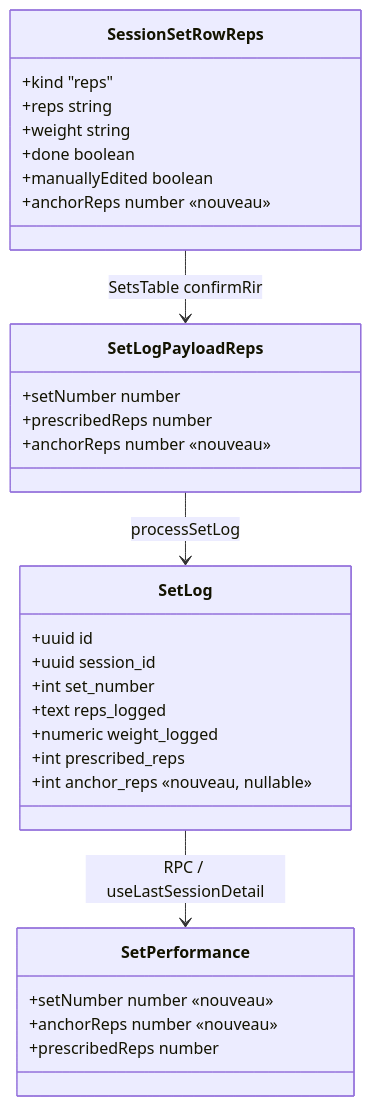
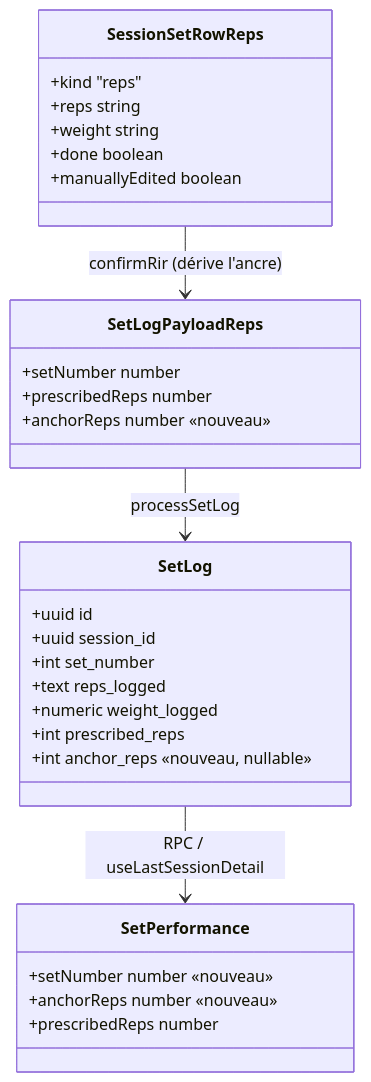
One commit to PierreTsia/workout-app changed the first of 2 diagrams in docs/Tech_Plan_—_Fermeture_de_la_boucle_de_progression_#705.md. Above: the diagram before and after it, drawn with Mermaid. The commit also changed other lines of this file and 1 other file, not shown here.

First line of the commit message:
docs(#705): T705 — l'ancre est dérivée au log, pas stampée (sync Tech Plan + ticket)

````diff
--- a/docs/Tech_Plan_—_Fermeture_de_la_boucle_de_progression_#705.md
+++ b/docs/Tech_Plan_—_Fermeture_de_la_boucle_de_progression_#705.md
@@ -44,33 +44,32 @@
 ```mermaid
 classDiagram
   class SetLog {
     +uuid id
     +uuid session_id
     +int set_number
     +text reps_logged
     +numeric weight_logged
     +int prescribed_reps
     +int anchor_reps  «nouveau, nullable»
   }
   class SessionSetRowReps {
     +kind "reps"
     +reps string
     +weight string
     +done boolean
     +manuallyEdited boolean
-    +anchorReps number  «nouveau»
   }
   class SetLogPayloadReps {
     +setNumber number
     +prescribedReps number
     +anchorReps number  «nouveau»
   }
   class SetPerformance {
     +setNumber number  «nouveau»
     +anchorReps number  «nouveau»
     +prescribedReps number
   }
-  SessionSetRowReps --> SetLogPayloadReps : SetsTable confirmRir
+  SessionSetRowReps --> SetLogPayloadReps : confirmRir (dérive l'ancre)
   SetLogPayloadReps --> SetLog : processSetLog
   SetLog --> SetPerformance : RPC / useLastSessionDetail
 ```
````
